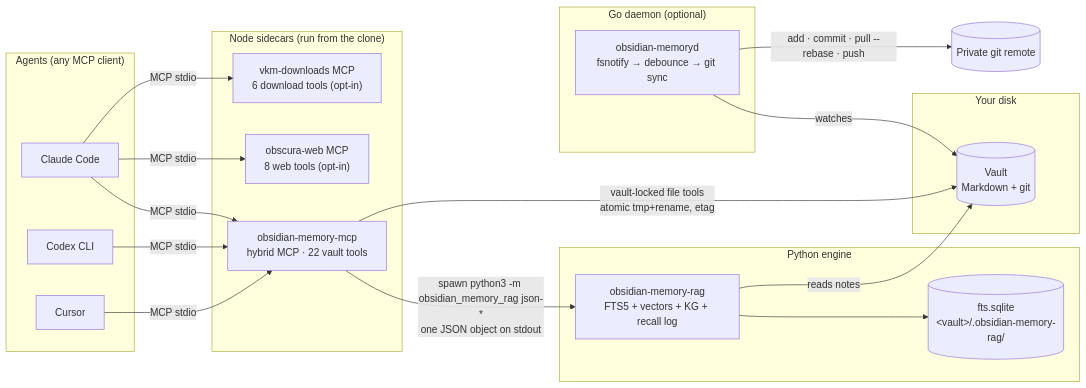
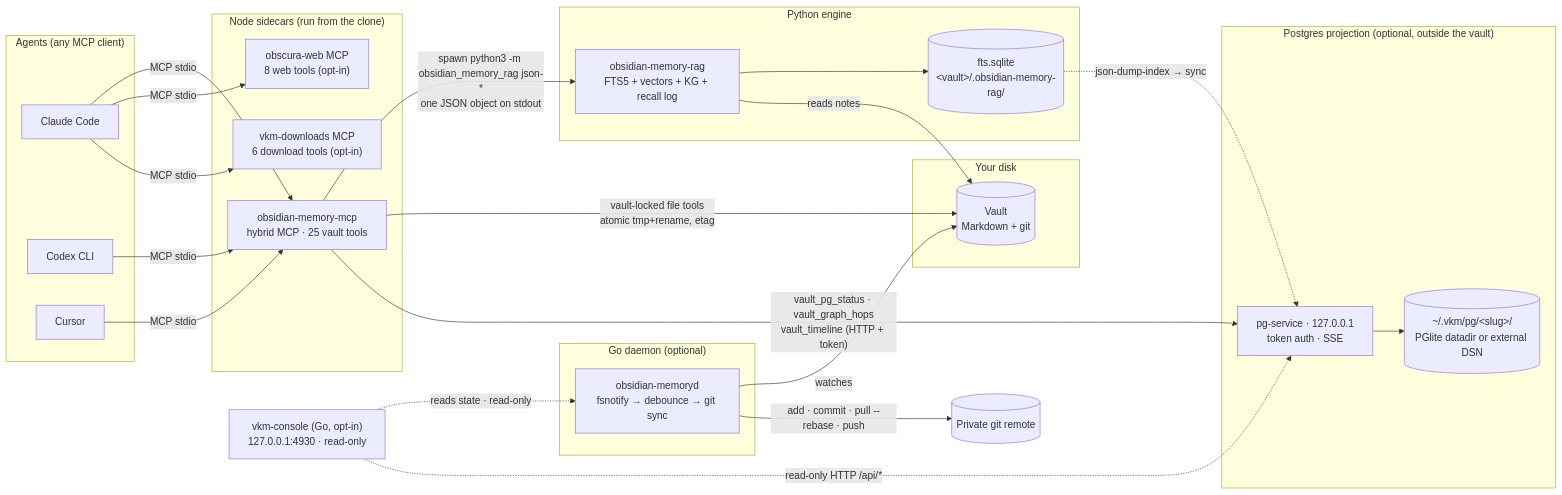
Before and after one commit to Vahlame/create-vkm-kit: the first of 7 diagrams in docs/en/architecture-deep-dive.md, drawn with Mermaid. The commit also changed other lines of this file and 118 other files, not shown here.

````diff
--- a/docs/en/architecture-deep-dive.md
+++ b/docs/en/architecture-deep-dive.md
@@ -16,41 +16,53 @@
 ```mermaid
 flowchart LR
     subgraph agents["Agents (any MCP client)"]
         CC["Claude Code"]
         CX["Codex CLI"]
         CU["Cursor"]
     end
 
     subgraph node["Node sidecars (run from the clone)"]
-        HY["obsidian-memory-mcp<br/>hybrid MCP · 22 vault tools"]
+        HY["obsidian-memory-mcp<br/>hybrid MCP · 25 vault tools"]
         OB["obscura-web MCP<br/>8 web tools (opt-in)"]
         DL["vkm-downloads MCP<br/>6 download tools (opt-in)"]
     end
+
+    subgraph pg["Postgres projection (optional, outside the vault)"]
+        PGS["pg-service · 127.0.0.1<br/>token auth · SSE"]
+        PGD[("~/.vkm/pg/&lt;slug&gt;/<br/>PGlite datadir or external DSN")]
+    end
+
+    CON["vkm-console (Go, opt-in)<br/>127.0.0.1:4930 · read-only"]
 
     subgraph py["Python engine"]
         RAG["obsidian-memory-rag<br/>FTS5 + vectors + KG + recall log"]
         DB[("fts.sqlite<br/>&lt;vault&gt;/.obsidian-memory-rag/")]
     end
 
     subgraph disk["Your disk"]
         V[("Vault<br/>Markdown + git")]
     end
 
     subgraph go["Go daemon (optional)"]
         D["obsidian-memoryd<br/>fsnotify → debounce → git sync"]
     end
 
     R[("Private git remote")]
 
     CC -- "MCP stdio" --> HY
     CX -- "MCP stdio" --> HY
     CU -- "MCP stdio" --> HY
     CC -- "MCP stdio" --> OB
     CC -- "MCP stdio" --> DL
     HY -- "spawn python3 -m obsidian_memory_rag json-*<br/>one JSON object on stdout" --> RAG
     RAG --> DB
     RAG -- "reads notes" --> V
     HY -- "vault-locked file tools<br/>atomic tmp+rename, etag" --> V
+    HY -- "vault_pg_status · vault_graph_hops<br/>vault_timeline (HTTP + token)" --> PGS
+    DB -. "json-dump-index → sync" .-> PGS
+    PGS --> PGD
+    CON -. "reads state · read-only" .-> D
+    CON -. "read-only HTTP /api/*" .-> PGS
     D -- "watches" --> V
     D -- "add · commit · pull --rebase · push" --> R
 ```
````
